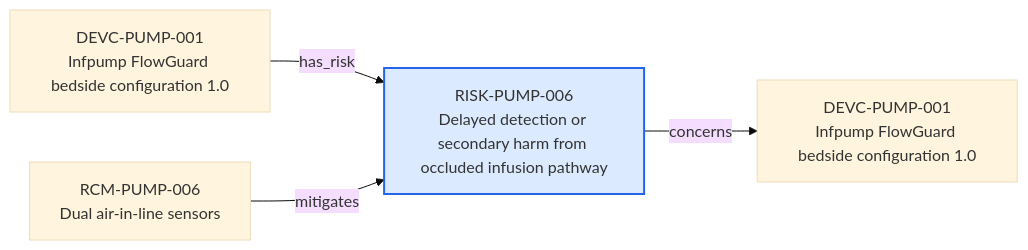
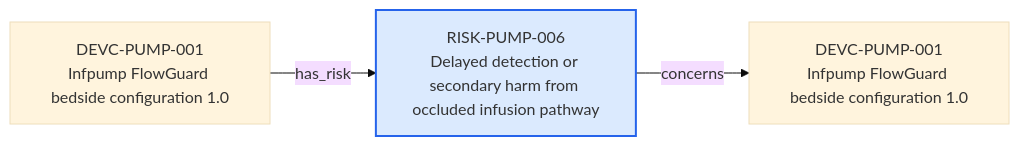
The diagram in content/06-Infpump FlowGuard ontology notes/risk/RISK-PUMP-006-delayed-detection-or-secondary-harm-from-occluded-infusion-pathway.md (mvattulainen/mdrontology), drawn with Mermaid (base theme) before and after one commit. The commit also changed other lines of this file and 321 other files, not shown here.

Commit message:
Implement Mermaid ontology audit findings

````diff
--- a/content/06-Infpump FlowGuard ontology notes/risk/RISK-PUMP-006-delayed-detection-or-secondary-harm-from-occluded-infusion-pathway.md
+++ b/content/06-Infpump FlowGuard ontology notes/risk/RISK-PUMP-006-delayed-detection-or-secondary-harm-from-occluded-infusion-pathway.md
@@ -75,12 +75,10 @@
 ```mermaid
 flowchart LR
   CURRENT["RISK-PUMP-006<br/>Delayed detection or secondary harm from occluded infusion pathway"]
   PREV0["DEVC-PUMP-001<br/>Infpump FlowGuard bedside configuration 1.0"]
   PREV0 -->|"has_risk"| CURRENT
-  PREV1["RCM-PUMP-006<br/>Dual air-in-line sensors"]
-  PREV1 -->|"mitigates"| CURRENT
   NEXT0["DEVC-PUMP-001<br/>Infpump FlowGuard bedside configuration 1.0"]
   CURRENT -->|"concerns"| NEXT0
   classDef current fill:#dbeafe,stroke:#2563eb,stroke-width:2px
   class CURRENT current
 ```
````
